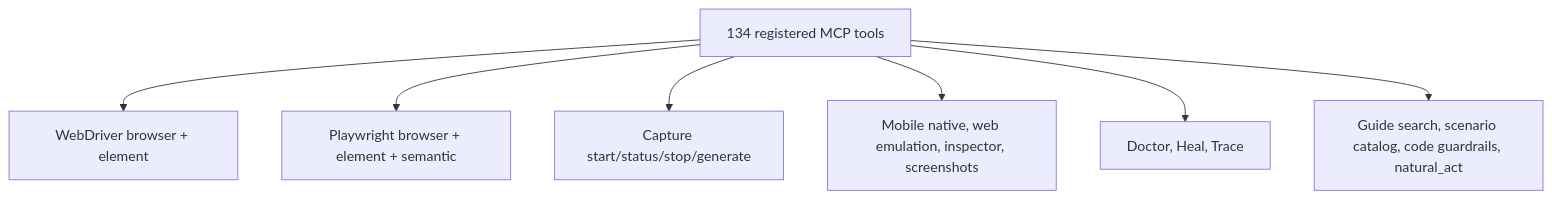
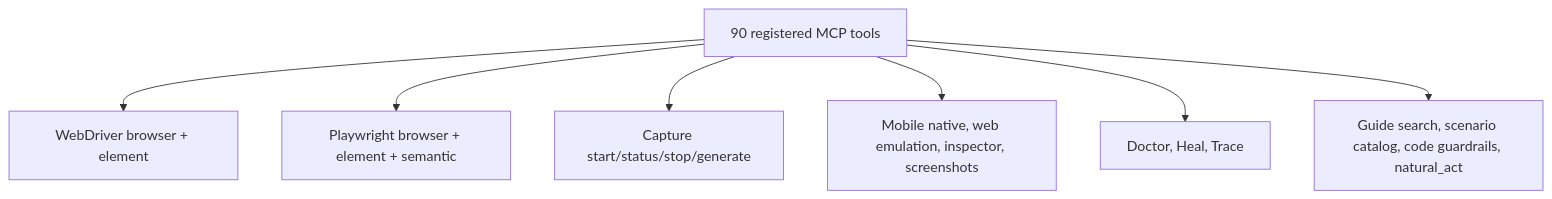
The sixth of 6 diagrams in modular-era-feature-catalog.md (ShaftHQ/SHAFT_ENGINE), drawn with Mermaid before and after one commit. The commit also changed other lines of this file, not shown here.

````diff
--- a/modular-era-feature-catalog.md
+++ b/modular-era-feature-catalog.md
@@ -739,9 +512,9 @@
 ```mermaid
 flowchart TB
-    A[134 registered MCP tools] --> B[WebDriver browser + element]
+    A[90 registered MCP tools] --> B[WebDriver browser + element]
     A --> C[Playwright browser + element + semantic]
     A --> D[Capture start/status/stop/generate]
     A --> E[Mobile native, web emulation, inspector, screenshots]
     A --> F[Doctor, Heal, Trace]
     A --> G[Guide search, scenario catalog, code guardrails, natural_act]
 ```
````
